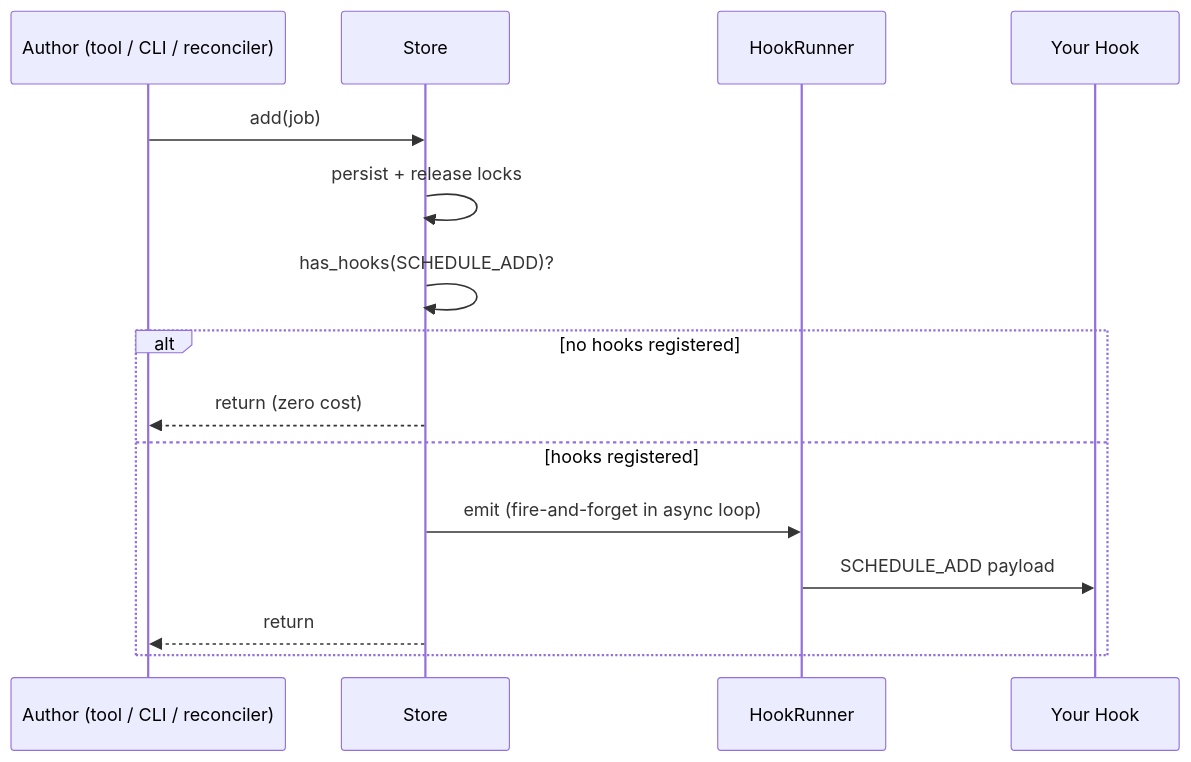
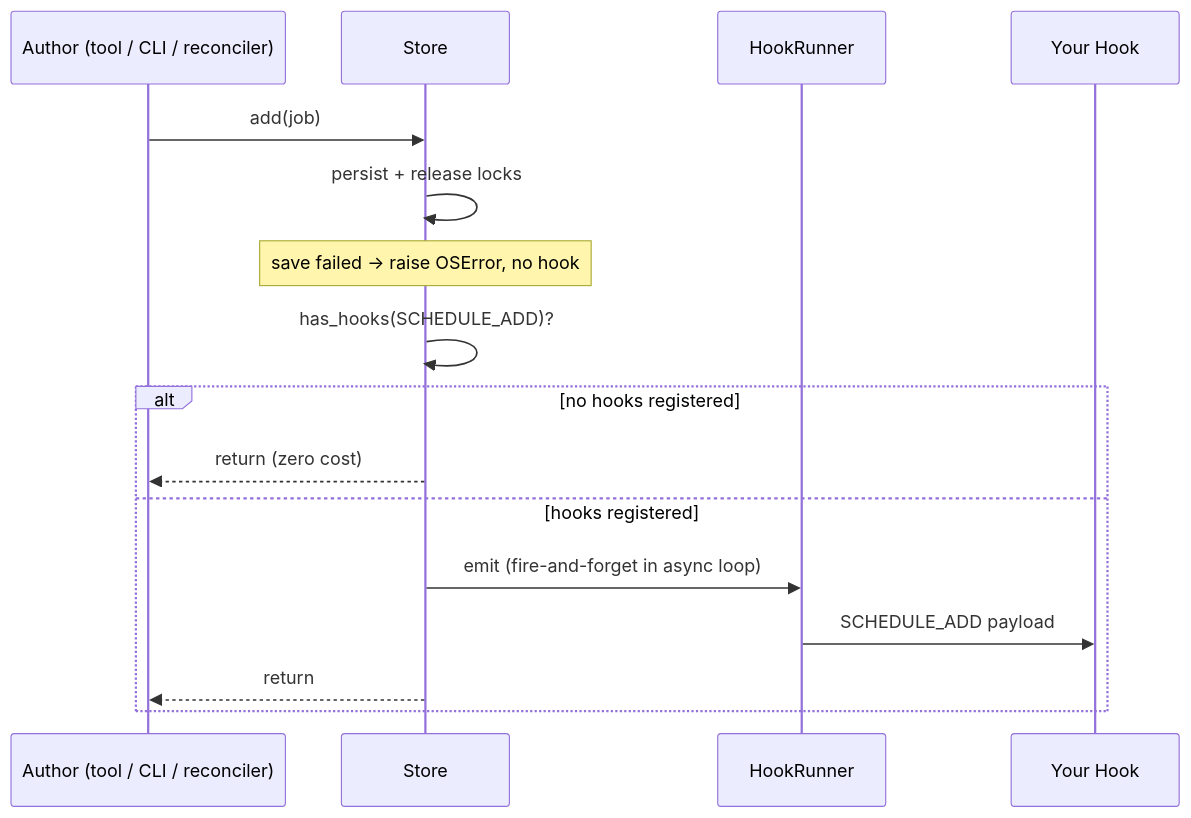
Before and after one commit to MervinPraison/PraisonAIDocs: the second of 2 diagrams in docs/features/schedule-lifecycle-hooks.mdx, drawn with Mermaid. The commit also changed other lines of this file and 3 other files, not shown here.

````diff
--- a/docs/features/schedule-lifecycle-hooks.mdx
+++ b/docs/features/schedule-lifecycle-hooks.mdx
@@ -88,18 +90,19 @@
 ```mermaid
 sequenceDiagram
     participant Author as Author (tool / CLI / reconciler)
     participant Store
     participant Runner as HookRunner
     participant Hook as Your Hook
 
     Author->>Store: add(job)
     Store->>Store: persist + release locks
+    Note over Store: save failed → raise OSError, no hook
     Store->>Store: has_hooks(SCHEDULE_ADD)?
     alt no hooks registered
         Store-->>Author: return (zero cost)
     else hooks registered
         Store->>Runner: emit (fire-and-forget in async loop)
         Runner->>Hook: SCHEDULE_ADD payload
         Store-->>Author: return
     end
 ```
````
